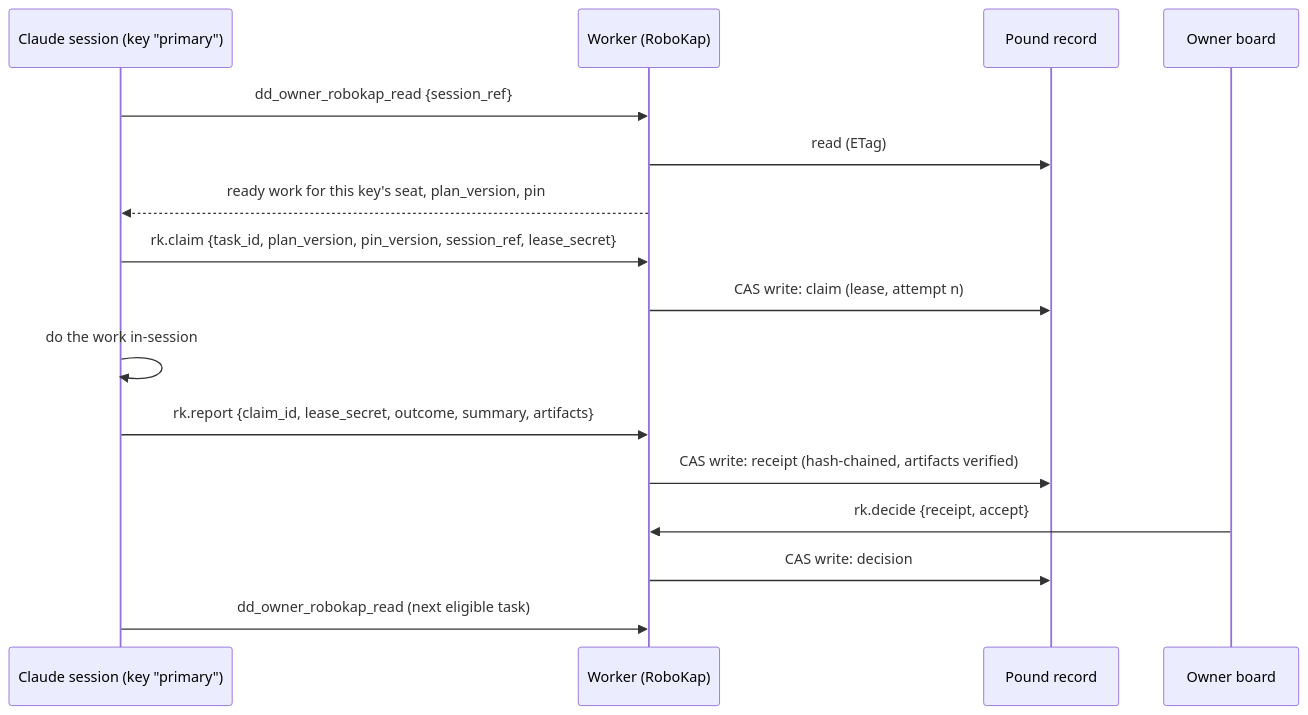
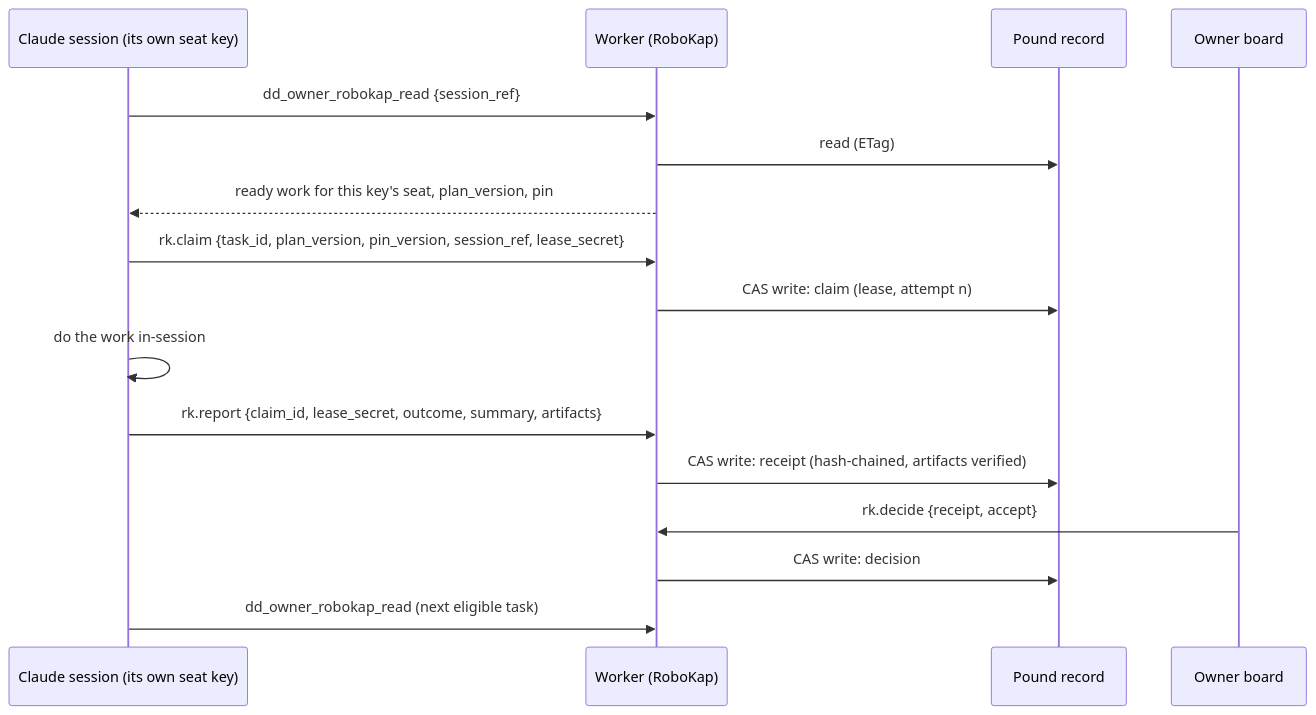
The second of 4 diagrams in docs/robokap-coordination.md (JKapcar/data-dawgs), drawn with Mermaid before and after one commit. The commit also changed other lines of this file and 7 other files, not shown here.

First line of the commit message:
Refuse seat roles on the shared primary key

````diff
--- a/docs/robokap-coordination.md
+++ b/docs/robokap-coordination.md
@@ -85,18 +87,18 @@
 ```mermaid
 sequenceDiagram
-    participant S as Claude session (key "primary")
+    participant S as Claude session (its own seat key)
     participant W as Worker (RoboKap)
     participant P as Pound record
     participant O as Owner board
     S->>W: dd_owner_robokap_read {session_ref}
     W->>P: read (ETag)
     W-->>S: ready work for this key's seat, plan_version, pin
     S->>W: rk.claim {task_id, plan_version, pin_version, session_ref, lease_secret}
     W->>P: CAS write: claim (lease, attempt n)
     S->>S: do the work in-session
     S->>W: rk.report {claim_id, lease_secret, outcome, summary, artifacts}
     W->>P: CAS write: receipt (hash-chained, artifacts verified)
     O->>W: rk.decide {receipt, accept}
     W->>P: CAS write: decision
     S->>W: dd_owner_robokap_read (next eligible task)
 ```
````
